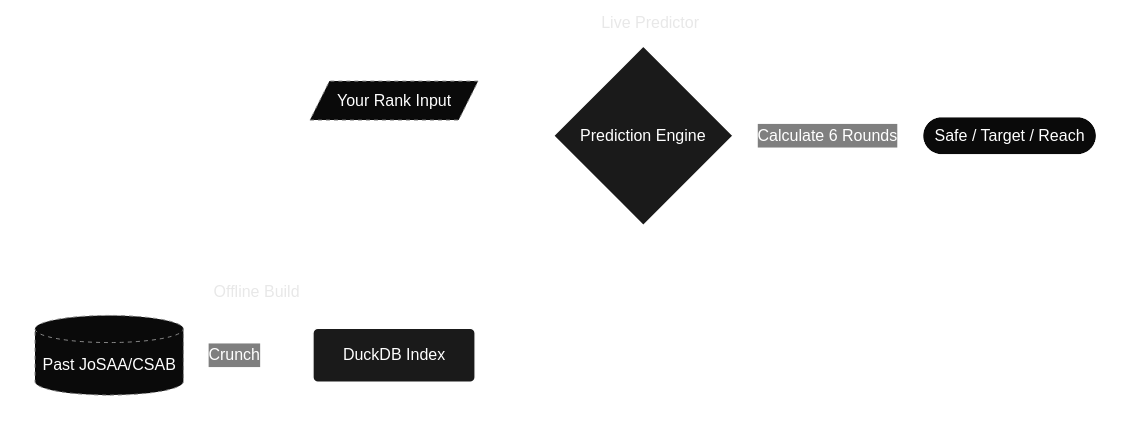
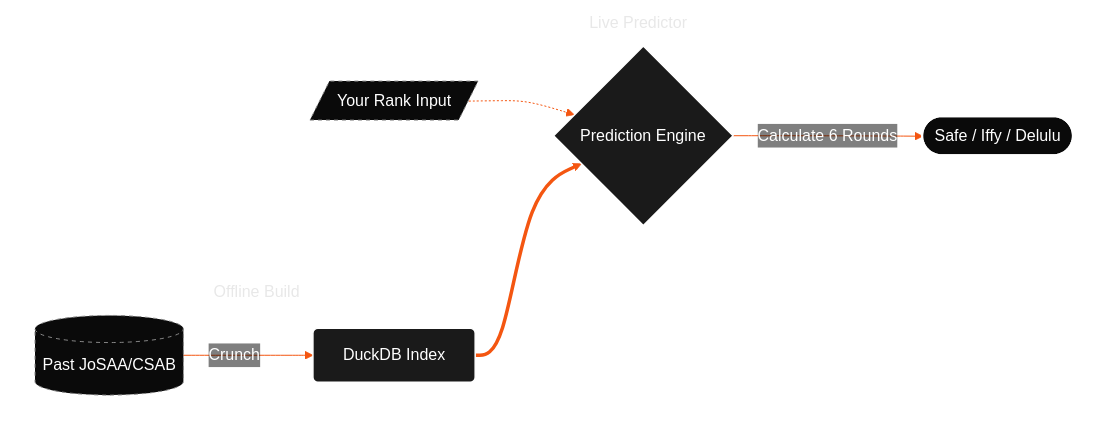
The diagram in README.md (su6u/ejam), drawn with Mermaid before and after one commit. The commit also changed other lines of this file and 1 other file, not shown here.

````diff
--- a/README.md
+++ b/README.md
@@ -128,17 +118,17 @@
 ```mermaid
-%%{init: {'theme': 'base', 'themeVariables': { 'primaryColor': '#0A0A0A', 'primaryTextColor': '#FFFFFF', 'primaryBorderColor': '#FFFFFF', 'lineColor': '#FFFFFF', 'nodeBorder': '#FFFFFF', 'mainBkg': '#0A0A0A', 'edgeLabelBackground': 'transparent', 'clusterBkg': 'transparent', 'clusterBorder': 'transparent'}}}%%
+%%{init: {'theme': 'base', 'themeVariables': { 'primaryColor': '#0A0A0A', 'primaryTextColor': '#FFFFFF', 'primaryBorderColor': '#FFFFFF', 'lineColor': '#F45611', 'nodeBorder': '#FFFFFF', 'mainBkg': '#0A0A0A', 'edgeLabelBackground': 'transparent', 'clusterBkg': 'transparent', 'clusterBorder': 'transparent'}}}%%
 flowchart LR
     classDef data fill:#0A0A0A,stroke:#888,stroke-width:1px,stroke-dasharray: 4 4,color:#FFF,rx:5px,ry:5px;
     classDef engine fill:#1A1A1A,stroke:#FFF,stroke-width:1.5px,color:#FFF,rx:5px,ry:5px;
     classDef output fill:#0A0A0A,stroke:#FFF,stroke-width:2px,color:#FFF,rx:15px,ry:15px;
 
     subgraph Offline [ Offline Build ]
         Data[(Past JoSAA/CSAB)]:::data -->|Crunch| Index[DuckDB Index]:::engine
     end
 
     subgraph Live ["Live Predictor&nbsp;&nbsp;&nbsp;&nbsp;&nbsp;&nbsp;&nbsp;&nbsp;&nbsp;&nbsp;&nbsp;&nbsp;&nbsp;&nbsp;&nbsp;&nbsp;&nbsp;&nbsp;&nbsp;&nbsp;&nbsp;&nbsp;&nbsp;&nbsp;"]
         User[/Your Rank Input/]:::data -.-> Engine{Prediction Engine}:::engine
         Index ==> Engine
-        Engine -->|Calculate 6 Rounds| Out([Safe / Target / Reach]):::output
+        Engine -->|Calculate 6 Rounds| Out([Safe / Iffy / Delulu]):::output
     end
 ```
````
